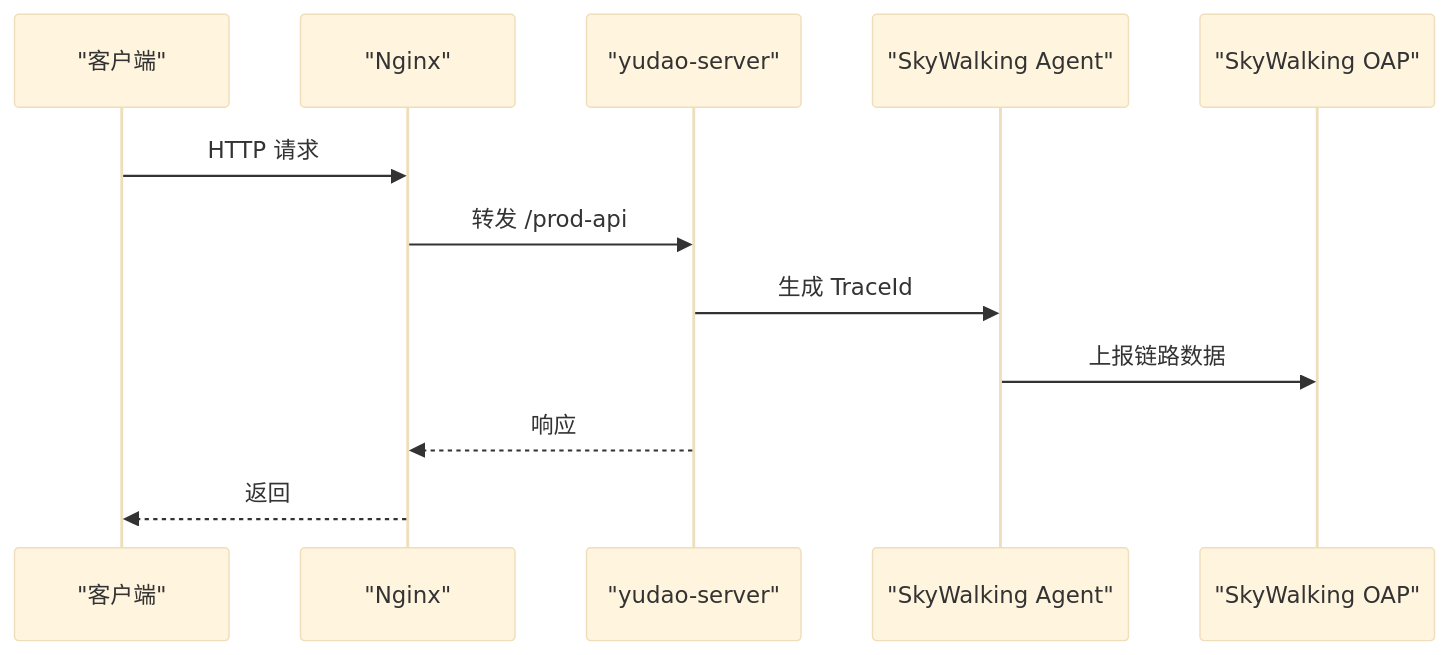
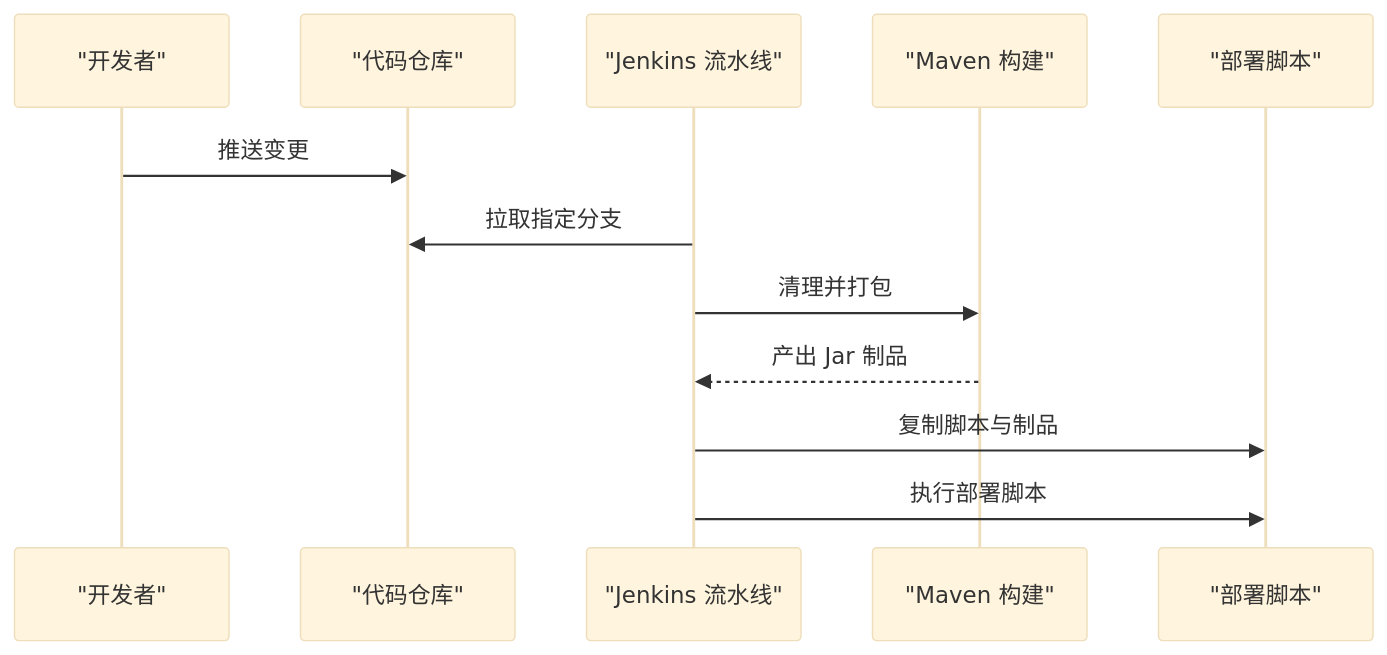
Before and after one commit to xiaoche80s-tech/rouyi-vue-pro: the fifth of 7 diagrams in .qoder/repowiki/zh/content/部署运维/部署运维.md, drawn with Mermaid (base theme). The commit also changed other lines of this file and 840 other files, not shown here.

````diff
--- a/.qoder/repowiki/zh/content/部署运维/部署运维.md
+++ b/.qoder/repowiki/zh/content/部署运维/部署运维.md
@@ -218,14 +167,14 @@
 ```mermaid
 sequenceDiagram
-participant Client as "客户端"
-participant Nginx as "Nginx"
-participant Server as "yudao-server"
-participant SW as "SkyWalking Agent"
-participant Collector as "SkyWalking OAP"
-Client->>Nginx : HTTP 请求
-Nginx->>Server : 转发 /prod-api
-Server->>SW : 生成 TraceId
-SW->>Collector : 上报链路数据
-Server-->>Nginx : 响应
-Nginx-->>Client : 返回
+participant Dev as "开发者"
+participant SCM as "代码仓库"
+participant Jenkins as "Jenkins 流水线"
+participant Maven as "Maven 构建"
+participant Deploy as "部署脚本"
+Dev->>SCM : 推送变更
+Jenkins->>SCM : 拉取指定分支
+Jenkins->>Maven : 清理并打包
+Maven-->>Jenkins : 产出 Jar 制品
+Jenkins->>Deploy : 复制脚本与制品
+Jenkins->>Deploy : 执行部署脚本
 ```
````
